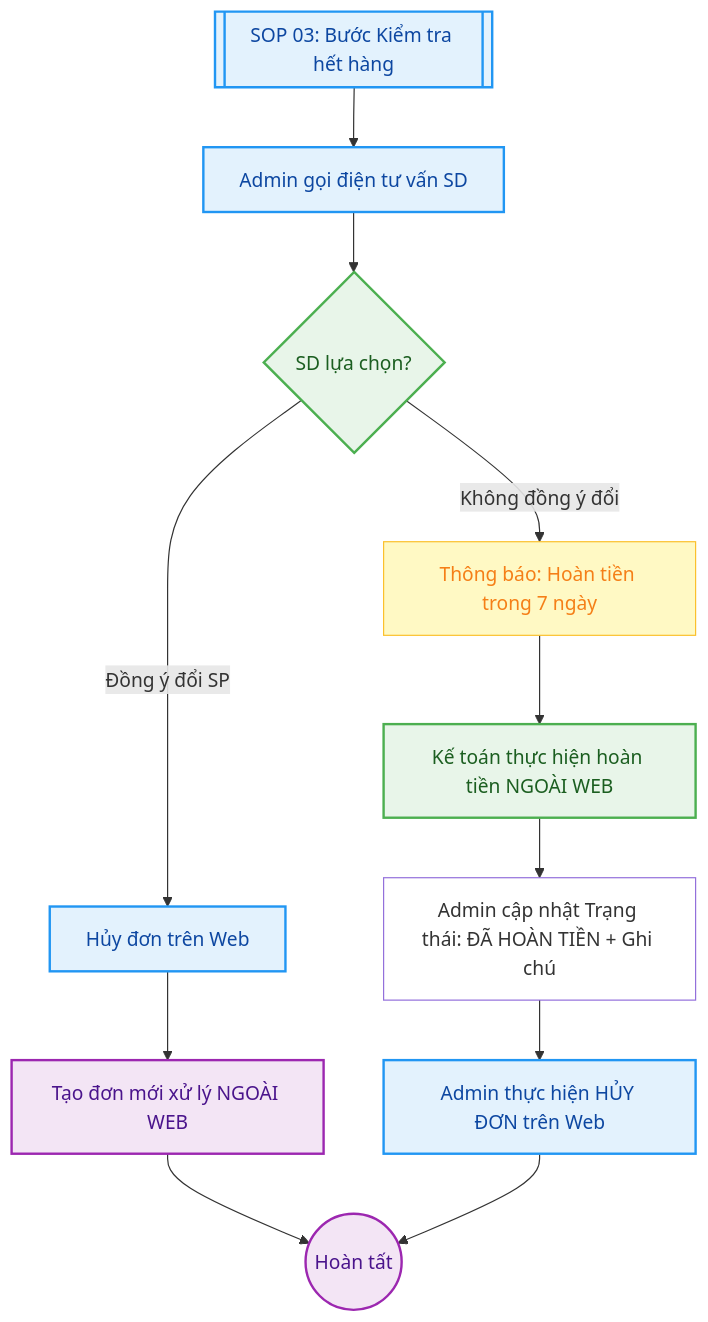
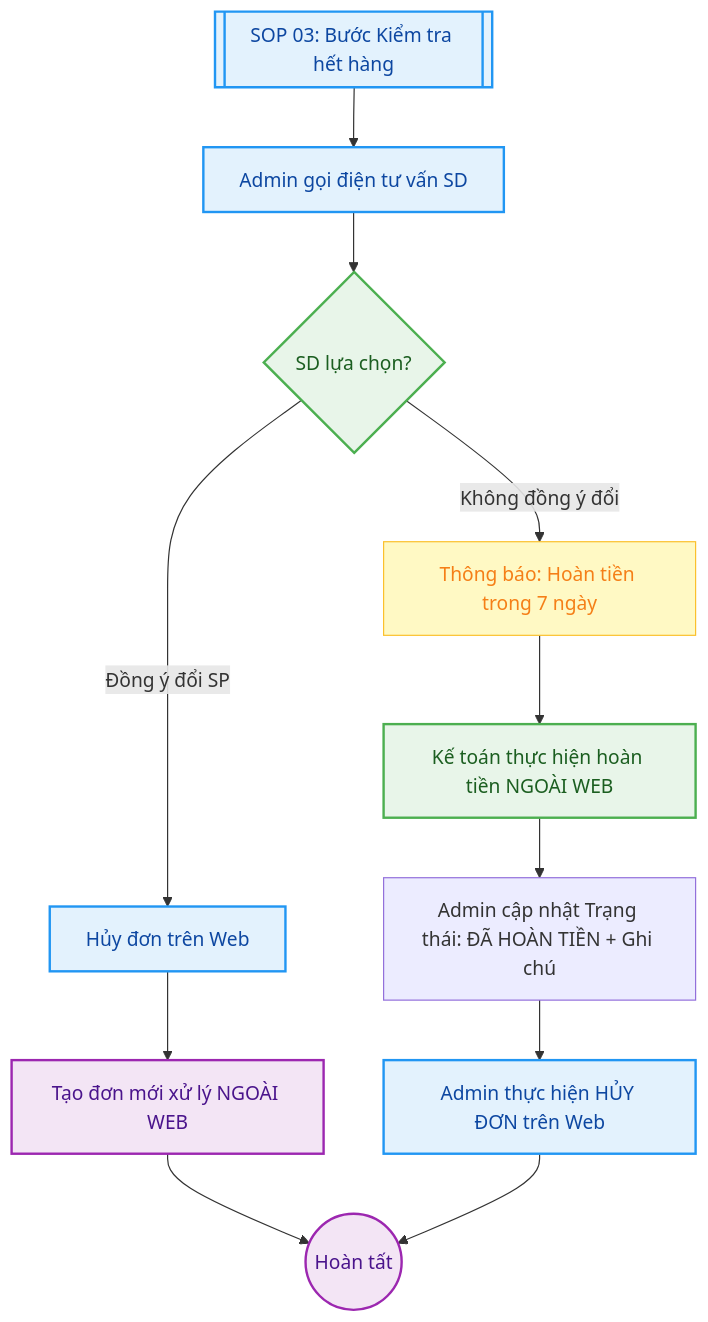
One commit to babaduoc/digitalgarden changed the diagram in src/site/notes/01_TONG_QUAN_LY_DU_AN/2_PHONG_VAN_HANH/SOP_3_Huy_Don_Het_Hang.md. Above: the diagram before and after it, drawn with Mermaid. The commit also changed other lines of this file and 1 other file, not shown here.

````diff
--- a/src/site/notes/01_TONG_QUAN_LY_DU_AN/2_PHONG_VAN_HANH/SOP_3_Huy_Don_Het_Hang.md
+++ b/src/site/notes/01_TONG_QUAN_LY_DU_AN/2_PHONG_VAN_HANH/SOP_3_Huy_Don_Het_Hang.md
@@ -40,31 +22,30 @@
 ```mermaid
-%%{init: { "themeVariables": {"background": "transparent","background": "transparent", "mainBkg": "transparent"}}}%%
 graph TD
     %% Định nghĩa bảng màu Pastel nguyên bản (Style Hôm Qua) %%
     classDef admin fill:#E3F2FD,stroke:#2196F3,stroke-width:2px,color:#0D47A1;
     classDef acc fill:#E8F5E9,stroke:#4CAF50,stroke-width:2px,color:#1B5E20;
     classDef sd fill:#F3E5F5,stroke:#9C27B0,stroke-width:2px,color:#4A148C;
     classDef highlight fill:#FFF9C4,stroke:#FBC02D,stroke-width:1px,color:#F57F17;
 
     Start[[SOP 03: Bước Kiểm tra hết hàng]] --> Admin_Call[Admin gọi điện tư vấn SD]
     click Start "/01-tong-quan-ly-du-an/2-phong-van-hanh/sop-2-xu-ly-don-hang-chuan/"
     
     Admin_Call --> SD_Choice{SD lựa chọn?}
     
     %% Nhánh 1: Đổi sản phẩm %%
     SD_Choice -- "Đồng ý đổi SP" --> Web_Cancel_1[Hủy đơn trên Web]
     Web_Cancel_1 --> Offline_Order[Tạo đơn mới xử lý NGOÀI WEB]
     Offline_Order --> End((Hoàn tất))
 
     %% Nhánh 2: Hủy đơn & Hoàn tiền %%
     SD_Choice -- "Không đồng ý đổi" --> Inform_Refund[Thông báo: Hoàn tiền trong 7 ngày]
     Inform_Refund --> Acc_Process[Kế toán thực hiện hoàn tiền NGOÀI WEB]
     Acc_Process --> Admin_Web_Update[Admin cập nhật Trạng thái: ĐÃ HOÀN TIỀN + Ghi chú]
     Admin_Web_Update --> Web_Cancel_2[Admin thực hiện HỦY ĐƠN trên Web]
     Web_Cancel_2 --> End
 
     class Start,Admin_Call,Web_Cancel_1,Web_Cancel_2 admin;
     class Acc_Process,SD_Choice acc;
     class Offline_Order,End sd;
     class Inform_Refund highlight;
 ```
````
